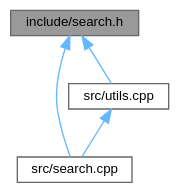
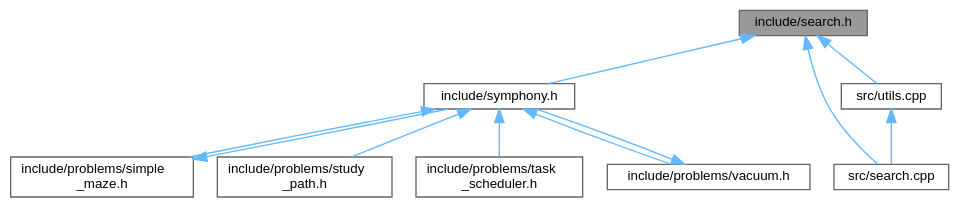
The diagram in search_8h__dep__incl.dot (velocitatem/Symphony), drawn with Graphviz before and after one commit. The commit also changed 197 other files, not shown here.

```diff
--- a/search_8h__dep__incl.dot
+++ b/search_8h__dep__incl.dot
@@ -1,14 +1,26 @@
 digraph "include/search.h"
 {
  // INTERACTIVE_SVG=YES
  // LATEX_PDF_SIZE
   bgcolor="transparent";
   edge [fontname=Helvetica,fontsize=10,labelfontname=Helvetica,labelfontsize=10];
   node [fontname=Helvetica,fontsize=10,shape=box,height=0.2,width=0.4];
   Node1 [id="Node000001",label="include/search.h",height=0.2,width=0.4,color="gray40", fillcolor="grey60", style="filled", fontcolor="black",tooltip=" "];
   Node1 -> Node2 [id="edge1_Node000001_Node000002",dir="back",color="steelblue1",style="solid",tooltip=" "];
-  Node2 [id="Node000002",label="src/search.cpp",height=0.2,width=0.4,color="grey40", fillcolor="white", style="filled",URL="$search_8cpp.html",tooltip=" "];
-  Node1 -> Node3 [id="edge2_Node000001_Node000003",dir="back",color="steelblue1",style="solid",tooltip=" "];
-  Node3 [id="Node000003",label="src/utils.cpp",height=0.2,width=0.4,color="grey40", fillcolor="white", style="filled",URL="$utils_8cpp.html",tooltip=" "];
+  Node2 [id="Node000002",label="include/symphony.h",height=0.2,width=0.4,color="grey40", fillcolor="white", style="filled",URL="$symphony_8h.html",tooltip=" "];
+  Node2 -> Node3 [id="edge2_Node000002_Node000003",dir="back",color="steelblue1",style="solid",tooltip=" "];
+  Node3 [id="Node000003",label="include/problems/simple\l_maze.h",height=0.2,width=0.4,color="grey40", fillcolor="white", style="filled",URL="$simple__maze_8h.html",tooltip=" "];
   Node3 -> Node2 [id="edge3_Node000003_Node000002",dir="back",color="steelblue1",style="solid",tooltip=" "];
+  Node2 -> Node4 [id="edge4_Node000002_Node000004",dir="back",color="steelblue1",style="solid",tooltip=" "];
+  Node4 [id="Node000004",label="include/problems/study\l_path.h",height=0.2,width=0.4,color="grey40", fillcolor="white", style="filled",URL="$study__path_8h.html",tooltip=" "];
+  Node2 -> Node5 [id="edge5_Node000002_Node000005",dir="back",color="steelblue1",style="solid",tooltip=" "];
+  Node5 [id="Node000005",label="include/problems/task\l_scheduler.h",height=0.2,width=0.4,color="grey40", fillcolor="white", style="filled",URL="$task__scheduler_8h.html",tooltip=" "];
+  Node2 -> Node6 [id="edge6_Node000002_Node000006",dir="back",color="steelblue1",style="solid",tooltip=" "];
+  Node6 [id="Node000006",label="include/problems/vacuum.h",height=0.2,width=0.4,color="grey40", fillcolor="white", style="filled",URL="$vacuum_8h.html",tooltip=" "];
+  Node6 -> Node2 [id="edge7_Node000006_Node000002",dir="back",color="steelblue1",style="solid",tooltip=" "];
+  Node1 -> Node7 [id="edge8_Node000001_Node000007",dir="back",color="steelblue1",style="solid",tooltip=" "];
+  Node7 [id="Node000007",label="src/search.cpp",height=0.2,width=0.4,color="grey40", fillcolor="white", style="filled",URL="$search_8cpp.html",tooltip=" "];
+  Node1 -> Node8 [id="edge9_Node000001_Node000008",dir="back",color="steelblue1",style="solid",tooltip=" "];
+  Node8 [id="Node000008",label="src/utils.cpp",height=0.2,width=0.4,color="grey40", fillcolor="white", style="filled",URL="$utils_8cpp.html",tooltip=" "];
+  Node8 -> Node7 [id="edge10_Node000008_Node000007",dir="back",color="steelblue1",style="solid",tooltip=" "];
 }
```
